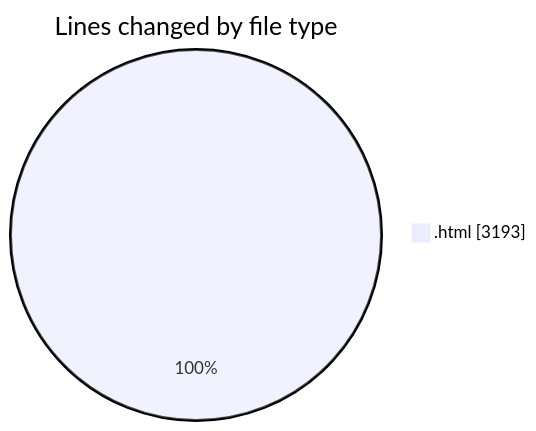
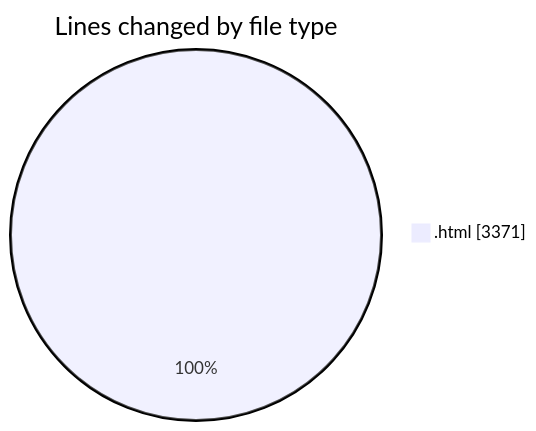
The first of 2 diagrams in 2025-04-24/desktop/README.md (LanceThiago/code-tracking), drawn with Mermaid before and after one commit. The commit also changed other lines of this file and 1 other file, not shown here.

````diff
--- a/2025-04-24/desktop/README.md
+++ b/2025-04-24/desktop/README.md
@@ -20,5 +20,5 @@
 ```mermaid
 pie showData
 title Lines changed by file type
-".html" : 3193
+".html" : 3371
 ```
````
